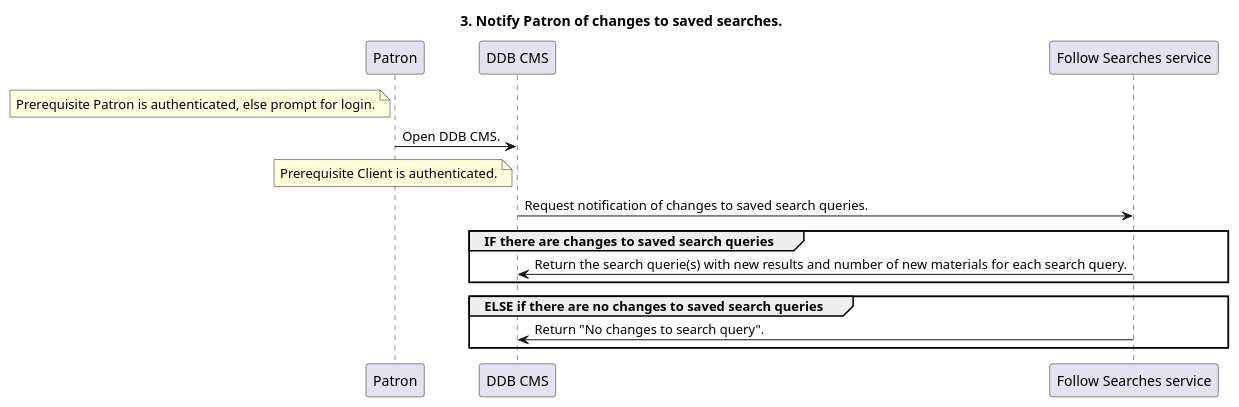
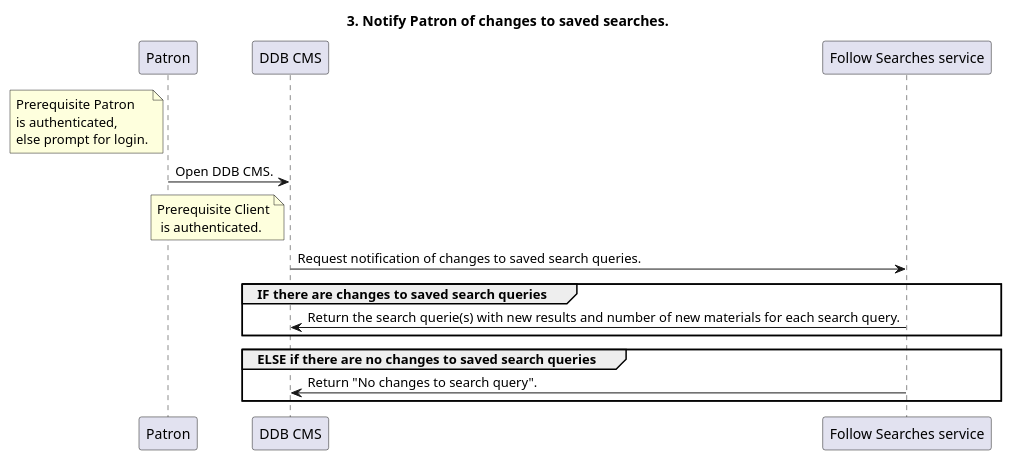
Before and after one commit to rolfmadsen/rolfmadsen.github.com: the third of 4 diagrams in plantuml/diagrams_openlist_follow-searches.puml, drawn with PlantUML. The commit also changed other lines of this file, not shown here.

Commit message:
Fixes to PlantUML notes for multiple lines.

```diff
--- a/plantuml/diagrams_openlist_follow-searches.puml
+++ b/plantuml/diagrams_openlist_follow-searches.puml
@@ -43,19 +52,28 @@
 @startuml
 
     Title: 3. Notify Patron of changes to saved searches.
         
-        Note left of Patron: Prerequisite Patron is authenticated, else prompt for login.
+        Note left of Patron 
+            Prerequisite Patron 
+            is authenticated, 
+            else prompt for login.
+        end note
+        
         "Patron"->"DDB CMS": Open DDB CMS.
 
-        Note left of "DDB CMS": Prerequisite Client is authenticated.
+        Note left of "DDB CMS"
+            Prerequisite Client
+             is authenticated.
+        end note
+        
         "DDB CMS"->"Follow Searches service": Request notification of changes to saved search queries.
         
         group IF there are changes to saved search queries
             "Follow Searches service"->"DDB CMS": Return the search querie(s) with new results and number of new materials for each search query.
         end
 
         group ELSE if there are no changes to saved search queries 
             "Follow Searches service"->"DDB CMS": Return "No changes to search query".
         end
 
 @enduml
```
